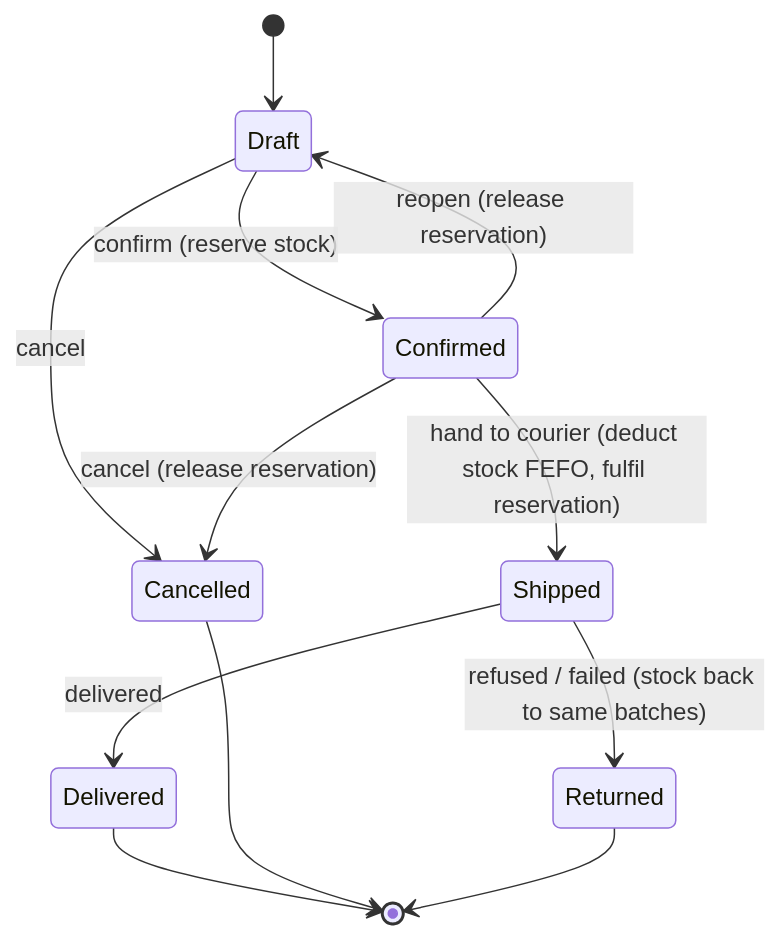
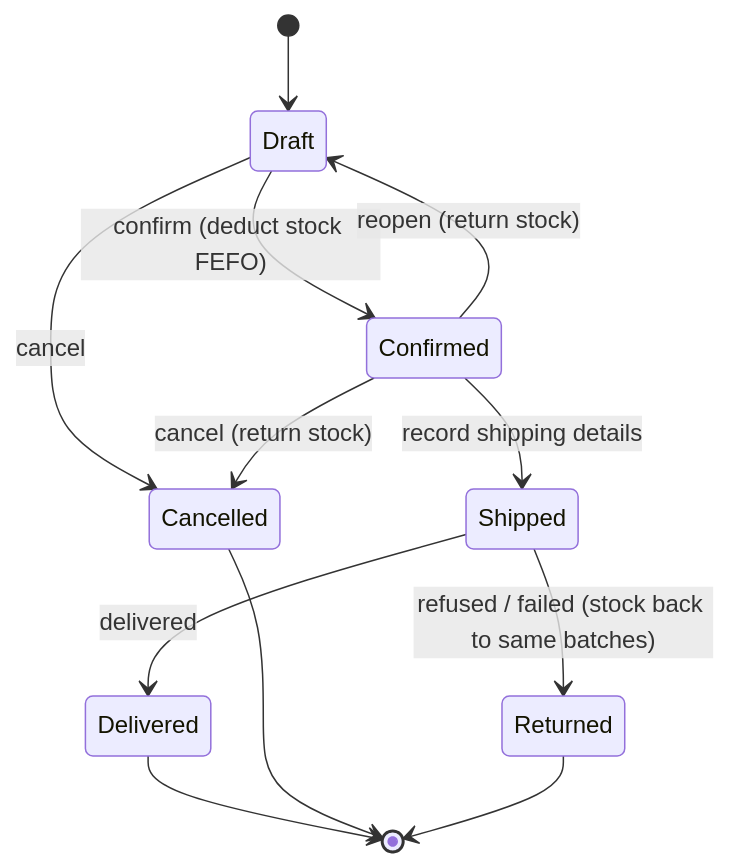
One commit to razanhasbini/alara-erp changed the first of 2 diagrams in docs/architecture.md. Above: the diagram before and after it, drawn with Mermaid. The commit also changed other lines of this file and 113 other files, not shown here.

````diff
--- a/docs/architecture.md
+++ b/docs/architecture.md
@@ -147,14 +149,14 @@
 ```mermaid
 stateDiagram-v2
     [*] --> Draft
-    Draft --> Confirmed: confirm (reserve stock)
+    Draft --> Confirmed: confirm (deduct stock FEFO)
     Draft --> Cancelled: cancel
-    Confirmed --> Draft: reopen (release reservation)
-    Confirmed --> Shipped: hand to courier (deduct stock FEFO, fulfil reservation)
-    Confirmed --> Cancelled: cancel (release reservation)
+    Confirmed --> Draft: reopen (return stock)
+    Confirmed --> Shipped: record shipping details
+    Confirmed --> Cancelled: cancel (return stock)
     Shipped --> Delivered: delivered
     Shipped --> Returned: refused / failed (stock back to same batches)
     Delivered --> [*]
     Cancelled --> [*]
     Returned --> [*]
 ```
````
